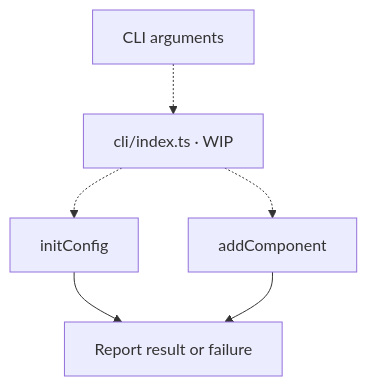
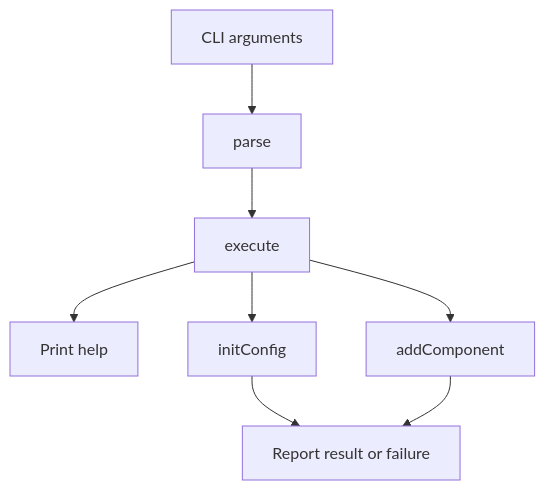
One commit to feuersteiner/bref-ui changed the first of 3 diagrams in cli/commands/README.md. Above: the diagram before and after it, drawn with Mermaid. The commit also changed other lines of this file and 6 other files, not shown here.

Commit message:
feat: implement command routing and execution; add parse and execute functionality

````diff
--- a/cli/commands/README.md
+++ b/cli/commands/README.md
@@ -13,8 +19,10 @@
 ```mermaid
 flowchart TD
-    args["CLI arguments"] -.-> route["cli/index.ts · WIP"]
-    route -.-> init["initConfig"]
-    route -.-> add["addComponent"]
+    args["CLI arguments"] --> parse["parse"]
+    parse --> route["execute"]
+    route --> help["Print help"]
+    route --> init["initConfig"]
+    route --> add["addComponent"]
     init --> report["Report result or failure"]
     add --> report
 ```
````
